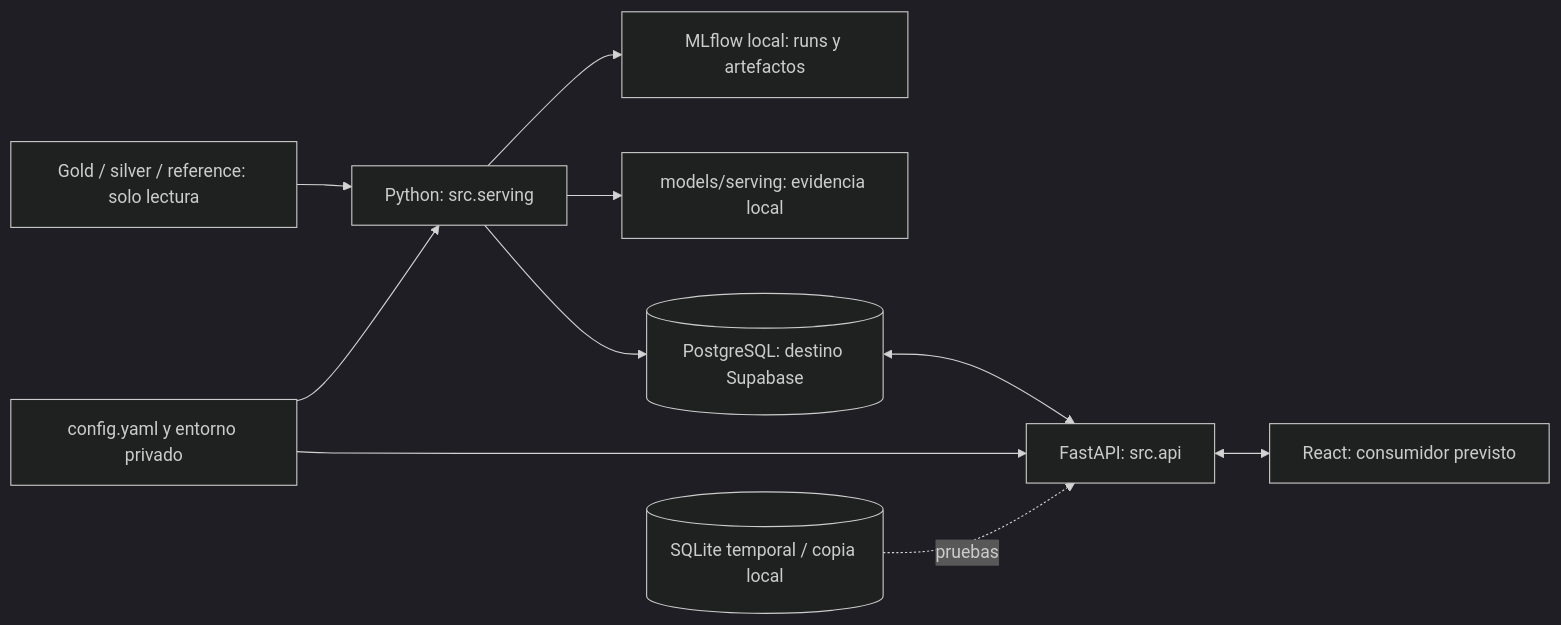
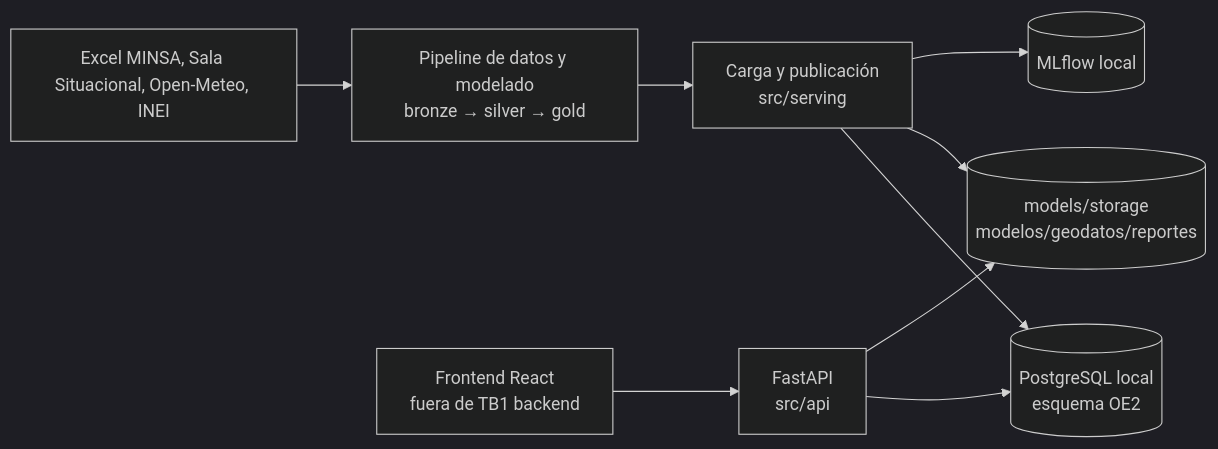
One commit to panconlocro/Denguekay changed the first of 3 diagrams in docs/backend/arquitectura.md. Above: the diagram before and after it, drawn with Mermaid (dark theme). The commit also changed other lines of this file and 13 other files, not shown here.

````diff
--- a/docs/backend/arquitectura.md
+++ b/docs/backend/arquitectura.md
@@ -27,12 +8,11 @@
 ```mermaid
 flowchart LR
-    fuentes[Gold / silver / reference: solo lectura] --> publicar[Python: src.serving]
-    publicar --> mlflow[MLflow local: runs y artefactos]
-    publicar --> archivos[models/serving: evidencia local]
-    publicar --> bd[(PostgreSQL: destino Supabase)]
-    bd <--> api[FastAPI: src.api]
-    api <--> react[React: consumidor previsto]
-    config[config.yaml y entorno privado] --> publicar
-    config --> api
-    sqlite[(SQLite temporal / copia local)] -. pruebas .-> api
+  fuentes[Excel MINSA, Sala Situacional, Open-Meteo, INEI] --> pipeline[Pipeline de datos y modelado<br/>bronze → silver → gold]
+  pipeline --> batch[Carga y publicación<br/>src/serving]
+  batch --> bd[(PostgreSQL local<br/>esquema OE2)]
+  batch --> storage[(models/storage<br/>modelos/geodatos/reportes)]
+  batch --> mlflow[(MLflow local)]
+  api[FastAPI<br/>src/api] --> bd
+  api --> storage
+  frontend[Frontend React<br/>fuera de TB1 backend] --> api
 ```
````
